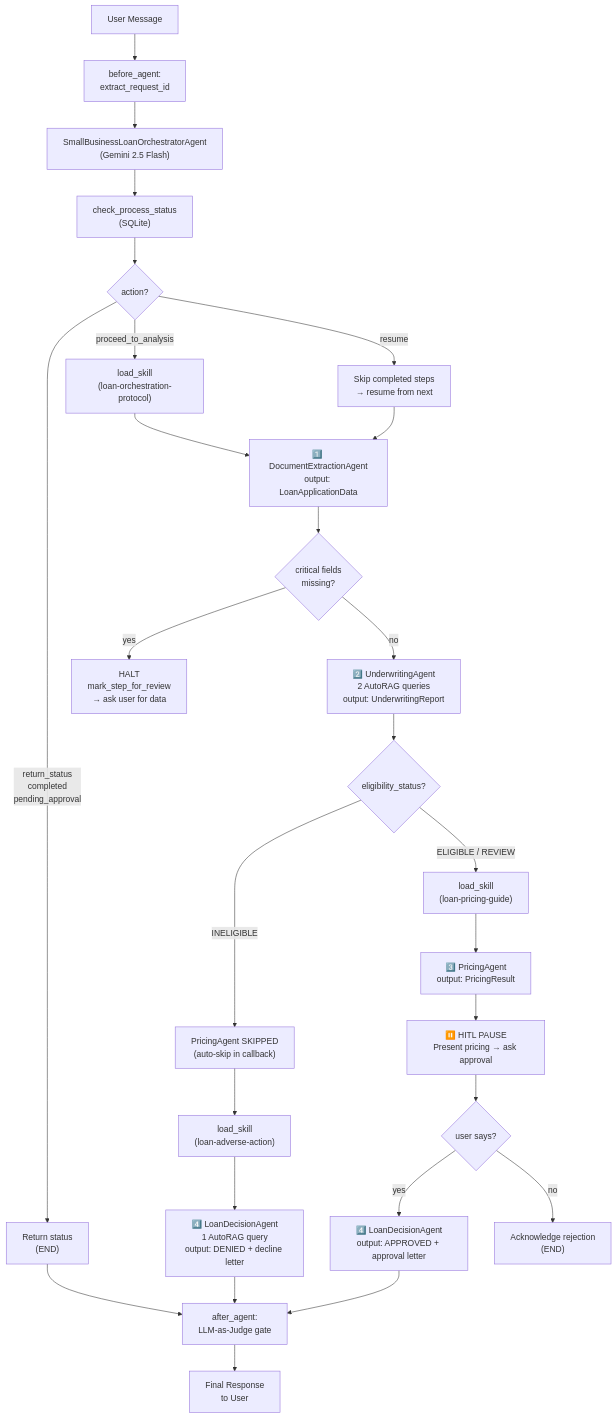
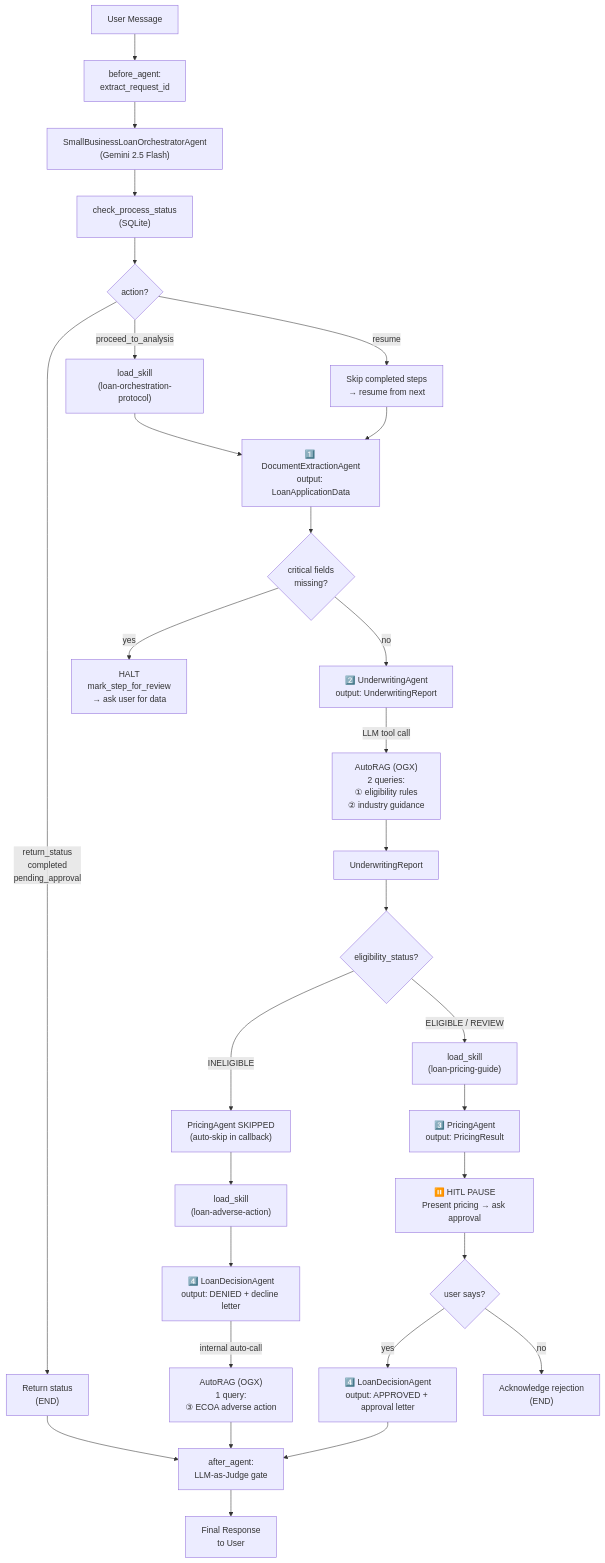
Before and after one commit to rrbanda/mortgage: the second of 4 diagrams in docs/architecture.md, drawn with Mermaid. The commit also changed other lines of this file and 4 other files, not shown here.

First line of the commit message:
Fix architecture docs: add AutoRAG as explicit system participant across all diagrams

````diff
--- a/docs/architecture.md
+++ b/docs/architecture.md
@@ -144,38 +158,42 @@
 ```mermaid
 graph TD
     START["User Message"] --> BCA["before_agent:\nextract_request_id"]
     BCA --> Orch["SmallBusinessLoanOrchestratorAgent\n(Gemini 2.5 Flash)"]
 
     Orch --> CPS["check_process_status\n(SQLite)"]
     CPS --> Decision{action?}
 
     Decision -->|"return_status\ncompleted\npending_approval"| StatusReply["Return status\n(END)"]
 
     Decision -->|"proceed_to_analysis"| Skill1["load_skill\n(loan-orchestration-protocol)"]
     Decision -->|"resume"| Resume["Skip completed steps\n→ resume from next"]
 
     Skill1 --> DocAgent["1️⃣ DocumentExtractionAgent\noutput: LoanApplicationData"]
     Resume --> DocAgent
 
     DocAgent --> Missing{critical fields\nmissing?}
     Missing -->|yes| Halt["HALT\nmark_step_for_review\n→ ask user for data"]
-    Missing -->|no| UWAgent["2️⃣ UnderwritingAgent\n2 AutoRAG queries\noutput: UnderwritingReport"]
+    Missing -->|no| UWAgent["2️⃣ UnderwritingAgent\noutput: UnderwritingReport"]
 
-    UWAgent --> Eligible{eligibility_status?}
+    UWAgent -->|"LLM tool call"| RAG_UW["AutoRAG (OGX)\n2 queries:\n① eligibility rules\n② industry guidance"]
+    RAG_UW --> UWResult
+
+    UWResult["UnderwritingReport"] --> Eligible{eligibility_status?}
 
     Eligible -->|"INELIGIBLE"| SkipPrice["PricingAgent SKIPPED\n(auto-skip in callback)"]
     SkipPrice --> Skill3["load_skill\n(loan-adverse-action)"]
-    Skill3 --> LDAgent_Deny["4️⃣ LoanDecisionAgent\n1 AutoRAG query\noutput: DENIED + decline letter"]
+    Skill3 --> LDAgent_Deny["4️⃣ LoanDecisionAgent\noutput: DENIED + decline letter"]
+    LDAgent_Deny -->|"internal auto-call"| RAG_LD["AutoRAG (OGX)\n1 query:\n③ ECOA adverse action"]
 
     Eligible -->|"ELIGIBLE / REVIEW"| Skill2["load_skill\n(loan-pricing-guide)"]
     Skill2 --> PriceAgent["3️⃣ PricingAgent\noutput: PricingResult"]
     PriceAgent --> HITL["⏸️ HITL PAUSE\nPresent pricing → ask approval"]
     HITL --> Approval{user says?}
     Approval -->|"yes"| LDAgent_Approve["4️⃣ LoanDecisionAgent\noutput: APPROVED + approval letter"]
     Approval -->|"no"| Reject["Acknowledge rejection\n(END)"]
 
-    LDAgent_Deny --> Judge["after_agent:\nLLM-as-Judge gate"]
+    RAG_LD --> Judge["after_agent:\nLLM-as-Judge gate"]
     LDAgent_Approve --> Judge
     StatusReply --> Judge
     Judge --> Response["Final Response\nto User"]
 ```
````
